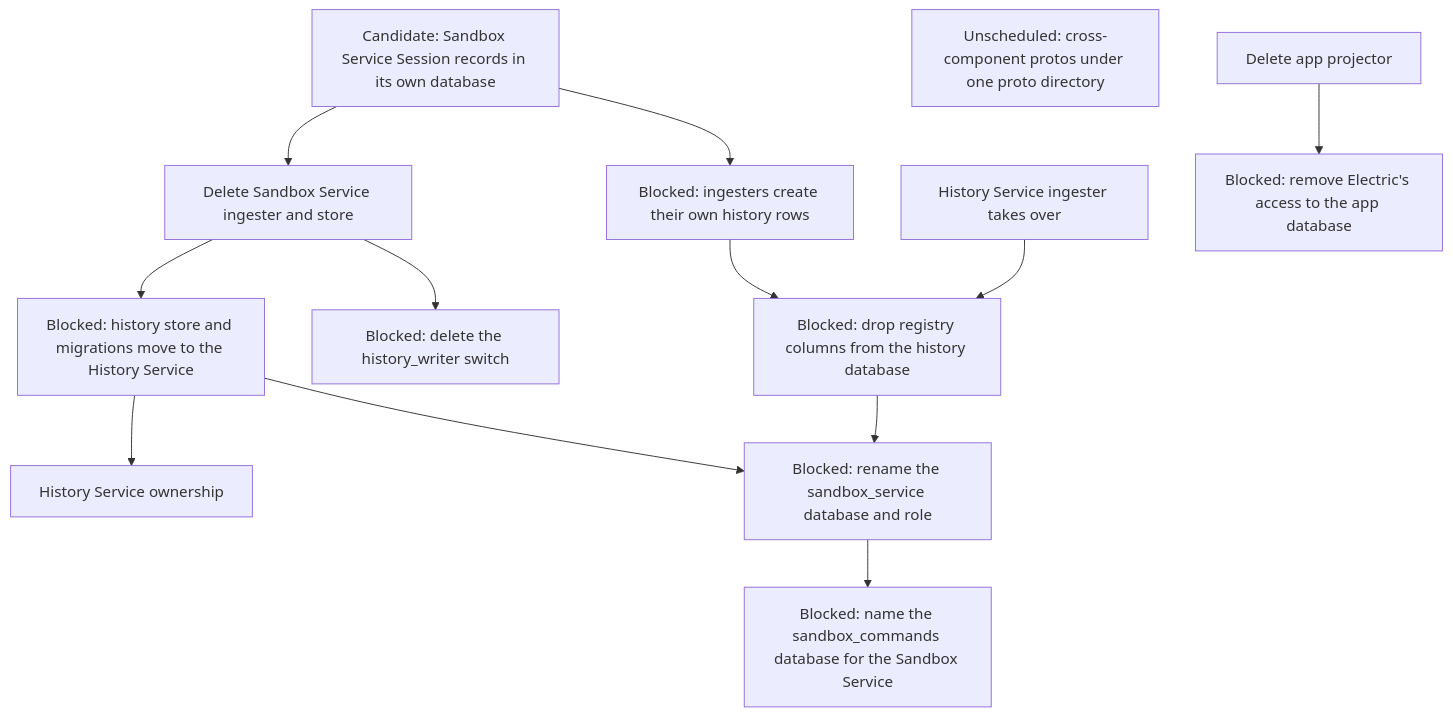
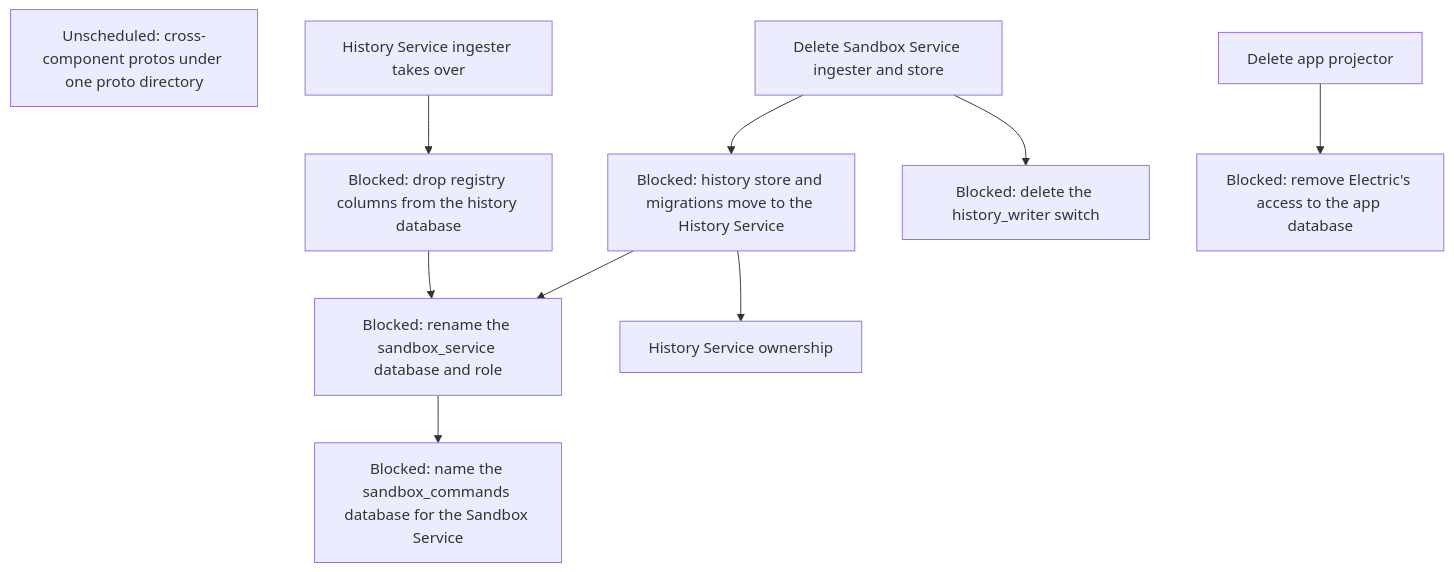
One commit to agentydragon-agent/ducktape changed the tenth of 11 diagrams in agentplane/plans/task_dag.md. Above: the diagram before and after it, drawn with Mermaid. The commit also changed other lines of this file and 25 other files, not shown here.

````diff
--- a/agentplane/plans/task_dag.md
+++ b/agentplane/plans/task_dag.md
@@ -844,27 +844,22 @@
 ```mermaid
 flowchart TD
-    SESSION_REGISTRY_MOVE[Candidate: Sandbox Service Session records in its own database]
-    SESSION_HISTORY_ROW_FROM_FEED[Blocked: ingesters create their own history rows]
     HISTORY_SESSION_COLUMNS_DROP[Blocked: drop registry columns from the history database]
     HISTORY_STORE_MOVE[Blocked: history store and migrations move to the History Service]
     HISTORY_WRITER_SWITCH_RETIRE[Blocked: delete the history_writer switch]
     HISTORY_DATABASE_RENAME[Blocked: rename the sandbox_service database and role]
     SANDBOX_DATABASE_RENAME[Blocked: name the sandbox_commands database for the Sandbox Service]
     APP_ELECTRIC_RETIRE[Blocked: remove Electric's access to the app database]
     PROTO_DIRECTORY[Unscheduled: cross-component protos under one proto directory]
     HISTORY_WRITE_HANDOFF[History Service ingester takes over]
     SANDBOX_LOCAL_HISTORY_RETIRE[Delete Sandbox Service ingester and store]
     APP_PROJECTOR_RETIRE[Delete app projector]
     HISTORY_SERVICE_OWNERSHIP[History Service ownership]
-    SESSION_REGISTRY_MOVE --> SANDBOX_LOCAL_HISTORY_RETIRE
-    SESSION_REGISTRY_MOVE --> SESSION_HISTORY_ROW_FROM_FEED
-    SESSION_HISTORY_ROW_FROM_FEED --> HISTORY_SESSION_COLUMNS_DROP
     HISTORY_WRITE_HANDOFF --> HISTORY_SESSION_COLUMNS_DROP
     SANDBOX_LOCAL_HISTORY_RETIRE --> HISTORY_STORE_MOVE
     SANDBOX_LOCAL_HISTORY_RETIRE --> HISTORY_WRITER_SWITCH_RETIRE
     HISTORY_STORE_MOVE --> HISTORY_SERVICE_OWNERSHIP
     HISTORY_STORE_MOVE --> HISTORY_DATABASE_RENAME
     HISTORY_SESSION_COLUMNS_DROP --> HISTORY_DATABASE_RENAME
     HISTORY_DATABASE_RENAME --> SANDBOX_DATABASE_RENAME
     APP_PROJECTOR_RETIRE --> APP_ELECTRIC_RETIRE
 ```
````
